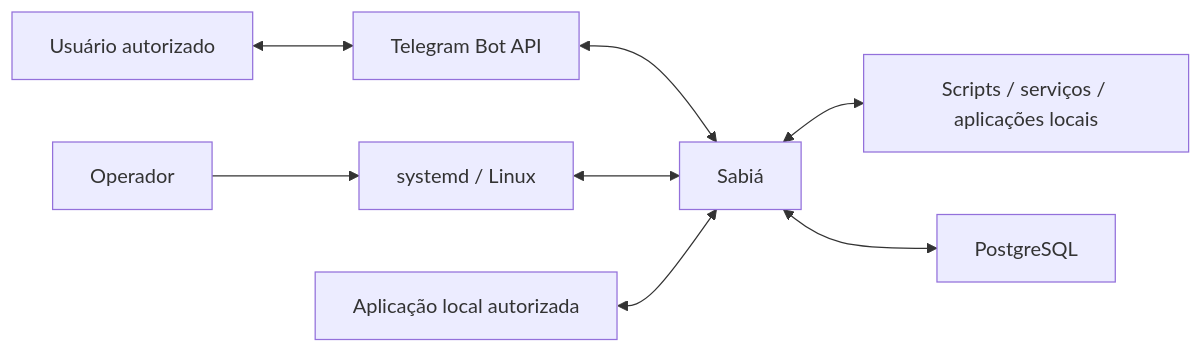
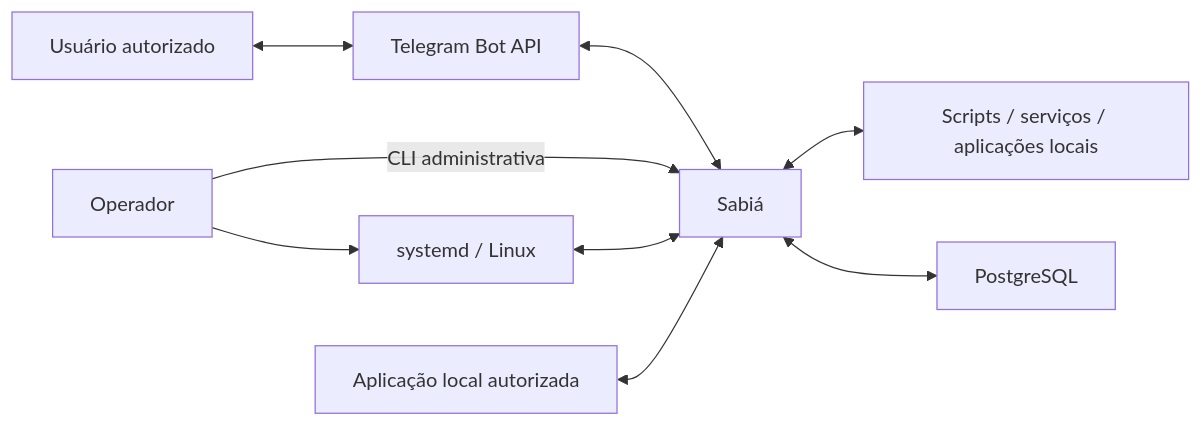
Before and after one commit to ahhvahh/a-bioma-sabia: the first of 8 diagrams in docs/01-Project_Charter/SCOPE-STATEMENT.md, drawn with Mermaid. The commit also changed other lines of this file, not shown here.

Commit message:
docs: add persistent contacts and action CLI flow

````diff
--- a/docs/01-Project_Charter/SCOPE-STATEMENT.md
+++ b/docs/01-Project_Charter/SCOPE-STATEMENT.md
@@ -69,19 +74,20 @@
 ```mermaid
 flowchart LR
     U[Usuário autorizado]
     T[Telegram Bot API]
     O[Operador]
     A[Aplicação local autorizada]
     S[Sabiá]
     L[Scripts / serviços / aplicações locais]
     P[PostgreSQL]
     D[systemd / Linux]
 
     U <--> T
     T <--> S
+    O -->|CLI administrativa| S
     O --> D
     D <--> S
     A <--> S
     S <--> L
     S <--> P
 ```
````
